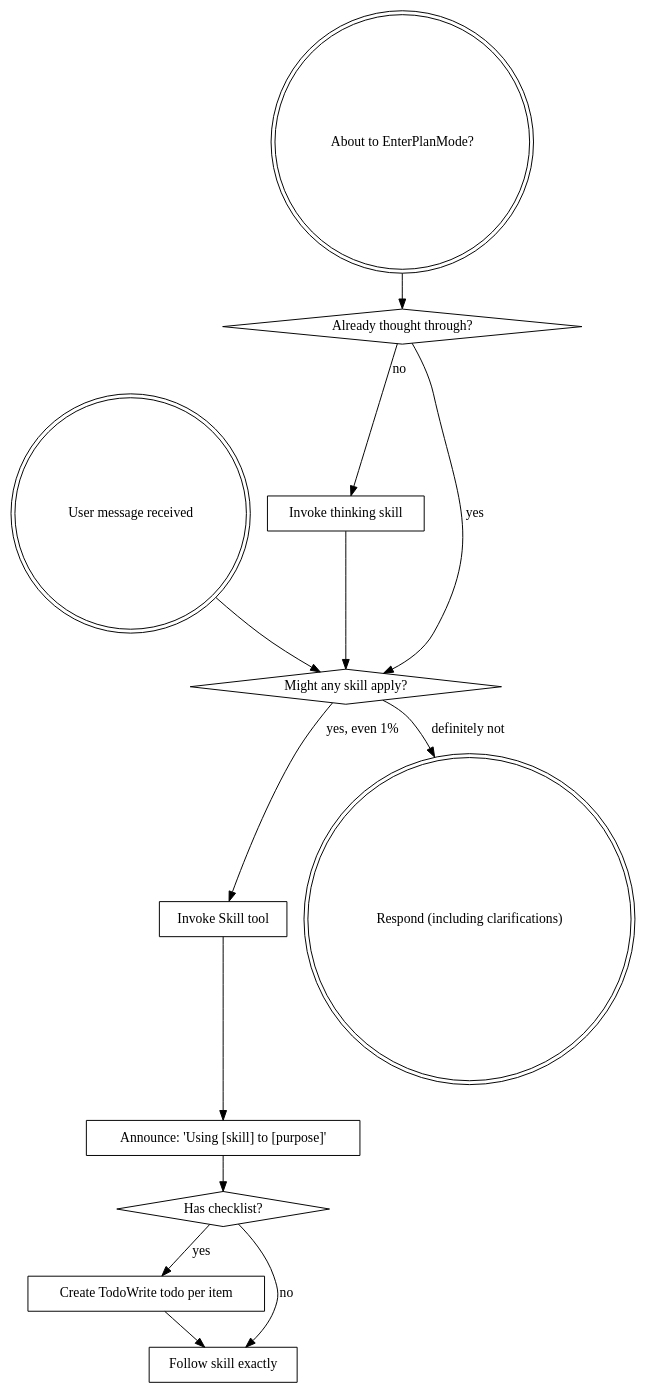
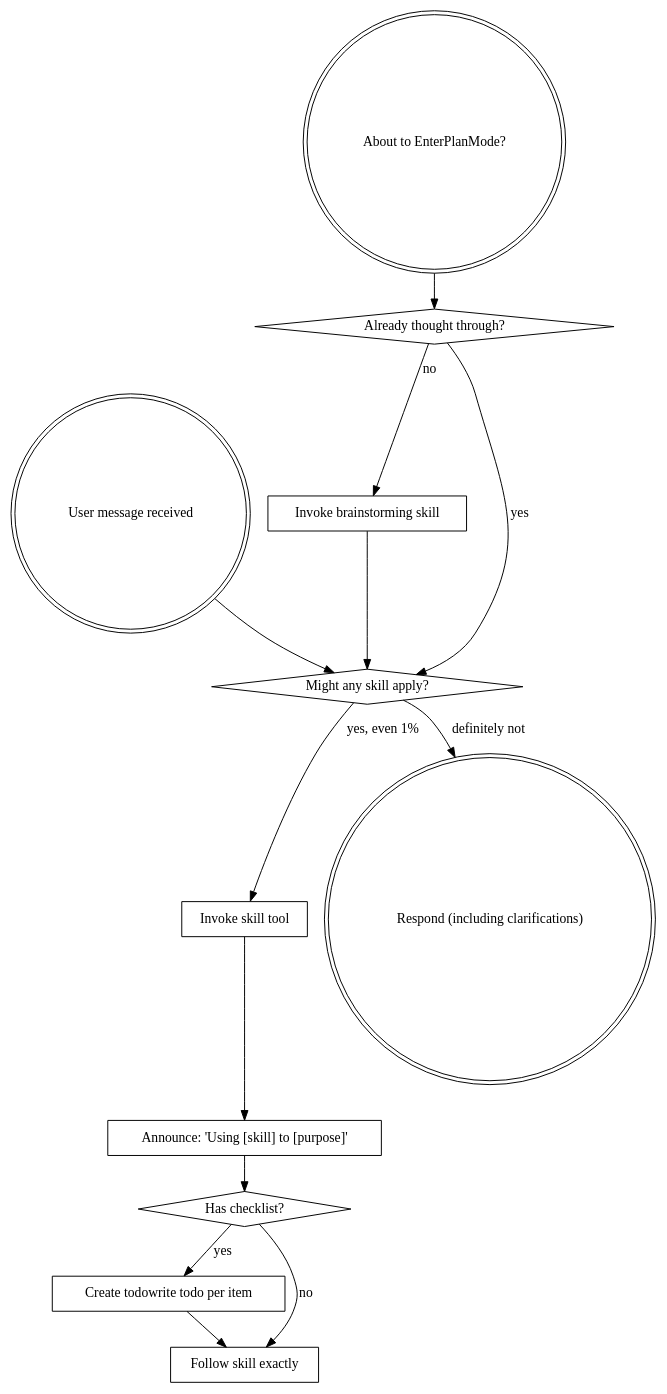
The diagram in assets/skills/using-superpowers/SKILL.md (JaimeHoracio/Ostacky), drawn with Graphviz before and after one commit. The commit also changed other lines of this file and 64 other files, not shown here.

````diff
--- a/assets/skills/using-superpowers/SKILL.md
+++ b/assets/skills/using-superpowers/SKILL.md
@@ -48,29 +42,29 @@
 ```dot
 digraph skill_flow {
     "User message received" [shape=doublecircle];
     "About to EnterPlanMode?" [shape=doublecircle];
     "Already thought through?" [shape=diamond];
-    "Invoke thinking skill" [shape=box];
+    "Invoke brainstorming skill" [shape=box];
     "Might any skill apply?" [shape=diamond];
-    "Invoke Skill tool" [shape=box];
+    "Invoke skill tool" [shape=box];
     "Announce: 'Using [skill] to [purpose]'" [shape=box];
     "Has checklist?" [shape=diamond];
-    "Create TodoWrite todo per item" [shape=box];
+    "Create todowrite todo per item" [shape=box];
     "Follow skill exactly" [shape=box];
     "Respond (including clarifications)" [shape=doublecircle];
 
     "About to EnterPlanMode?" -> "Already thought through?";
-    "Already thought through?" -> "Invoke thinking skill" [label="no"];
+    "Already thought through?" -> "Invoke brainstorming skill" [label="no"];
     "Already thought through?" -> "Might any skill apply?" [label="yes"];
-    "Invoke thinking skill" -> "Might any skill apply?";
+    "Invoke brainstorming skill" -> "Might any skill apply?";
 
     "User message received" -> "Might any skill apply?";
-    "Might any skill apply?" -> "Invoke Skill tool" [label="yes, even 1%"];
+    "Might any skill apply?" -> "Invoke skill tool" [label="yes, even 1%"];
     "Might any skill apply?" -> "Respond (including clarifications)" [label="definitely not"];
-    "Invoke Skill tool" -> "Announce: 'Using [skill] to [purpose]'";
+    "Invoke skill tool" -> "Announce: 'Using [skill] to [purpose]'";
     "Announce: 'Using [skill] to [purpose]'" -> "Has checklist?";
-    "Has checklist?" -> "Create TodoWrite todo per item" [label="yes"];
+    "Has checklist?" -> "Create todowrite todo per item" [label="yes"];
     "Has checklist?" -> "Follow skill exactly" [label="no"];
-    "Create TodoWrite todo per item" -> "Follow skill exactly";
+    "Create todowrite todo per item" -> "Follow skill exactly";
 }
 ```
````
